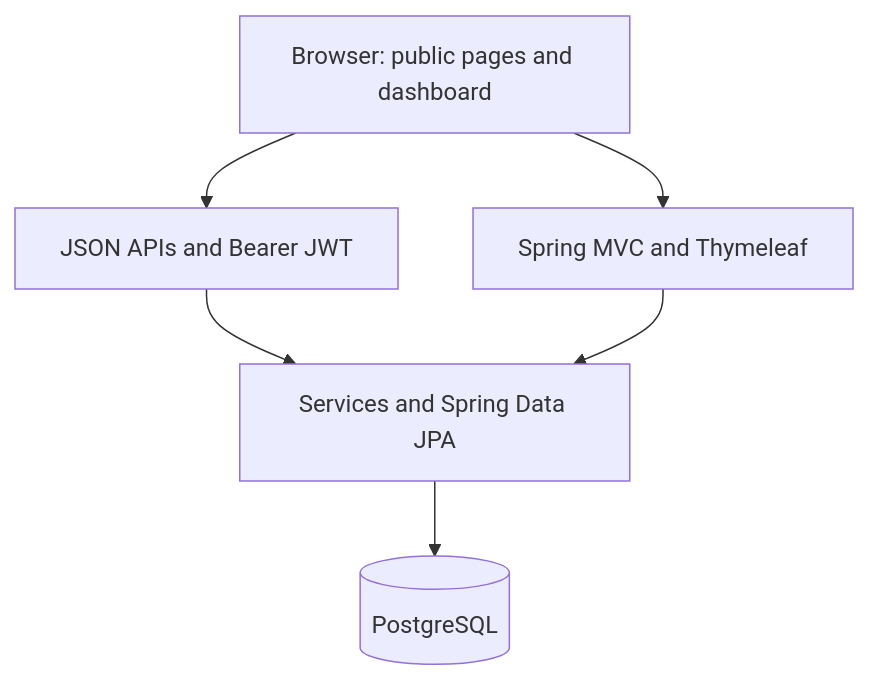
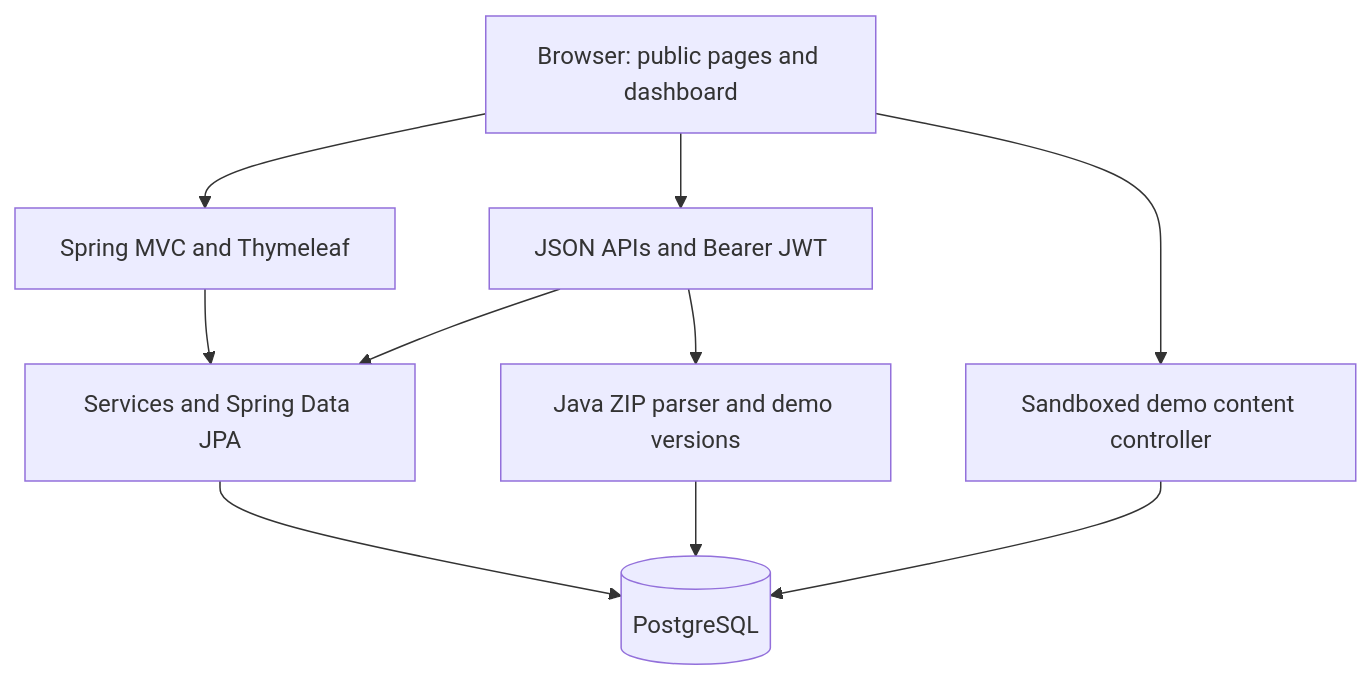
Before and after one commit to Tahanoa/hexora-beta: the diagram in README.md, drawn with Mermaid. The commit also changed other lines of this file, not shown here.

Commit message:
docs: consolidate services, demo studio and validation guide

````diff
--- a/README.md
+++ b/README.md
@@ -81,8 +161,12 @@
 ```mermaid
 flowchart TD
     A[Browser: public pages and dashboard] --> B[Spring MVC and Thymeleaf]
     A --> C[JSON APIs and Bearer JWT]
     C --> D[Services and Spring Data JPA]
     B --> D
     D --> E[(PostgreSQL)]
+    C --> F[Java ZIP parser and demo versions]
+    F --> E
+    A --> G[Sandboxed demo content controller]
+    G --> E
 ```
````
